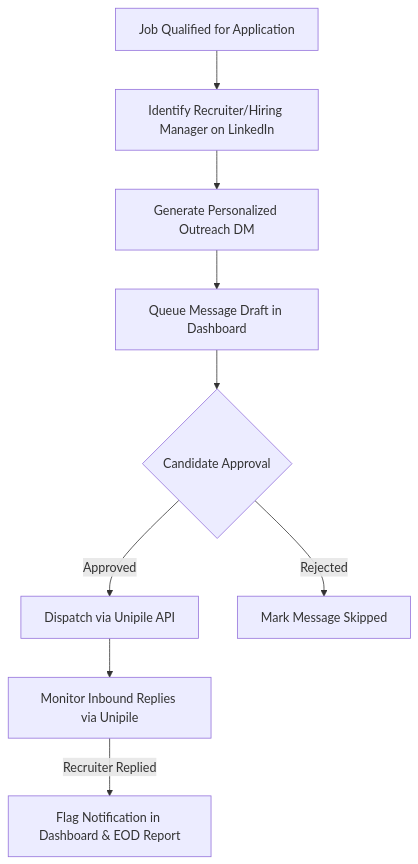
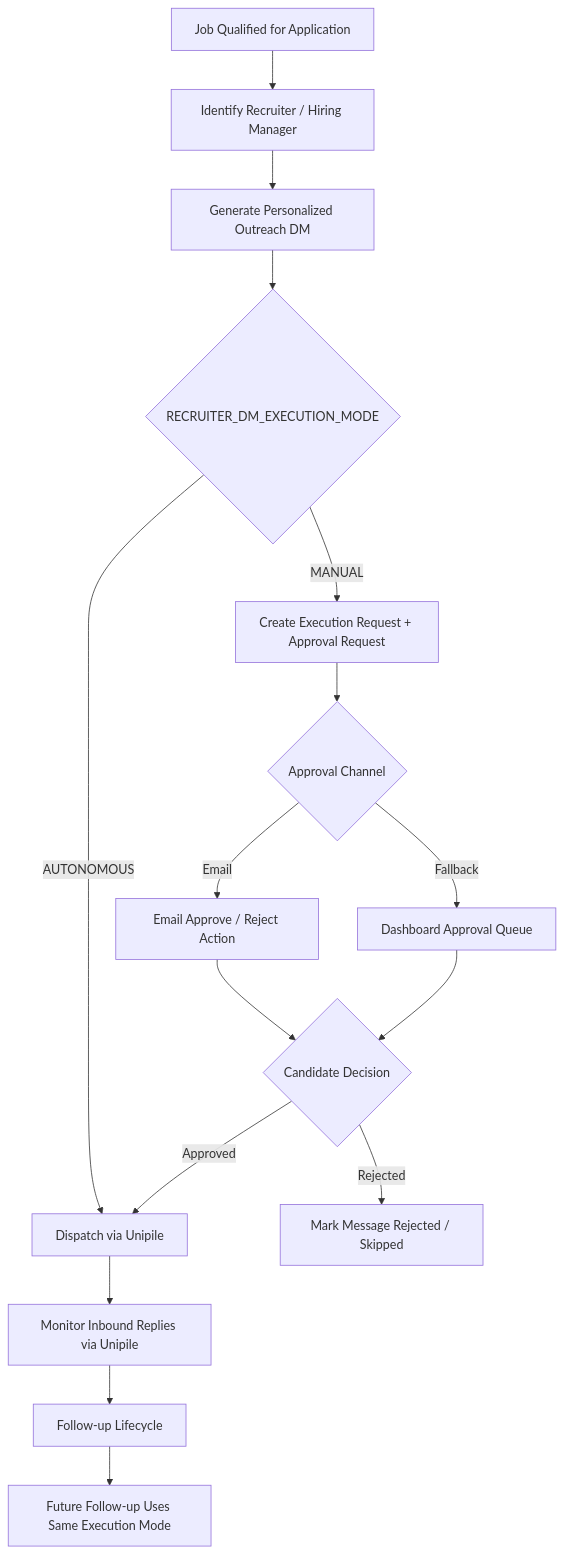
The second of 3 diagrams in docs/planning/user-flows.md (nikibytes/ai-talent-manager), drawn with Mermaid before and after one commit. The commit also changed other lines of this file, not shown here.

Commit message:
docs(planning): align user flows with locked daily loop and execution gates

````diff
--- a/docs/planning/user-flows.md
+++ b/docs/planning/user-flows.md
@@ -44,11 +66,18 @@
 ```mermaid
 flowchart TD
-    JobMatched[Job Qualified for Application] --> RecruiterSearch[Identify Recruiter/Hiring Manager on LinkedIn]
+    JobMatched[Job Qualified for Application] --> RecruiterSearch[Identify Recruiter / Hiring Manager]
     RecruiterSearch --> DraftDM[Generate Personalized Outreach DM]
-    DraftDM --> PushDashboard[Queue Message Draft in Dashboard]
-    PushDashboard --> CandidateReview{Candidate Approval}
-    CandidateReview -->|Approved| SendUnipile[Dispatch via Unipile API]
-    CandidateReview -->|Rejected| SkipDM[Mark Message Skipped]
+    DraftDM --> ExecGate{RECRUITER_DM_EXECUTION_MODE}
+    ExecGate -->|MANUAL| ApprovalRequest[Create Execution Request + Approval Request]
+    ExecGate -->|AUTONOMOUS| SendUnipile[Dispatch via Unipile]
+    ApprovalRequest --> ApprovalChannel{Approval Channel}
+    ApprovalChannel -->|Email| EmailApproval[Email Approve / Reject Action]
+    ApprovalChannel -->|Fallback| DashboardApproval[Dashboard Approval Queue]
+    EmailApproval --> Decision{Candidate Decision}
+    DashboardApproval --> Decision
+    Decision -->|Approved| SendUnipile
+    Decision -->|Rejected| SkipDM[Mark Message Rejected / Skipped]
     SendUnipile --> TrackReply[Monitor Inbound Replies via Unipile]
-    TrackReply -->|Recruiter Replied| NotifyCandidate[Flag Notification in Dashboard & EOD Report]
+    TrackReply --> Followup[Follow-up Lifecycle]
+    Followup --> NextGate[Future Follow-up Uses Same Execution Mode]
 ```
````
